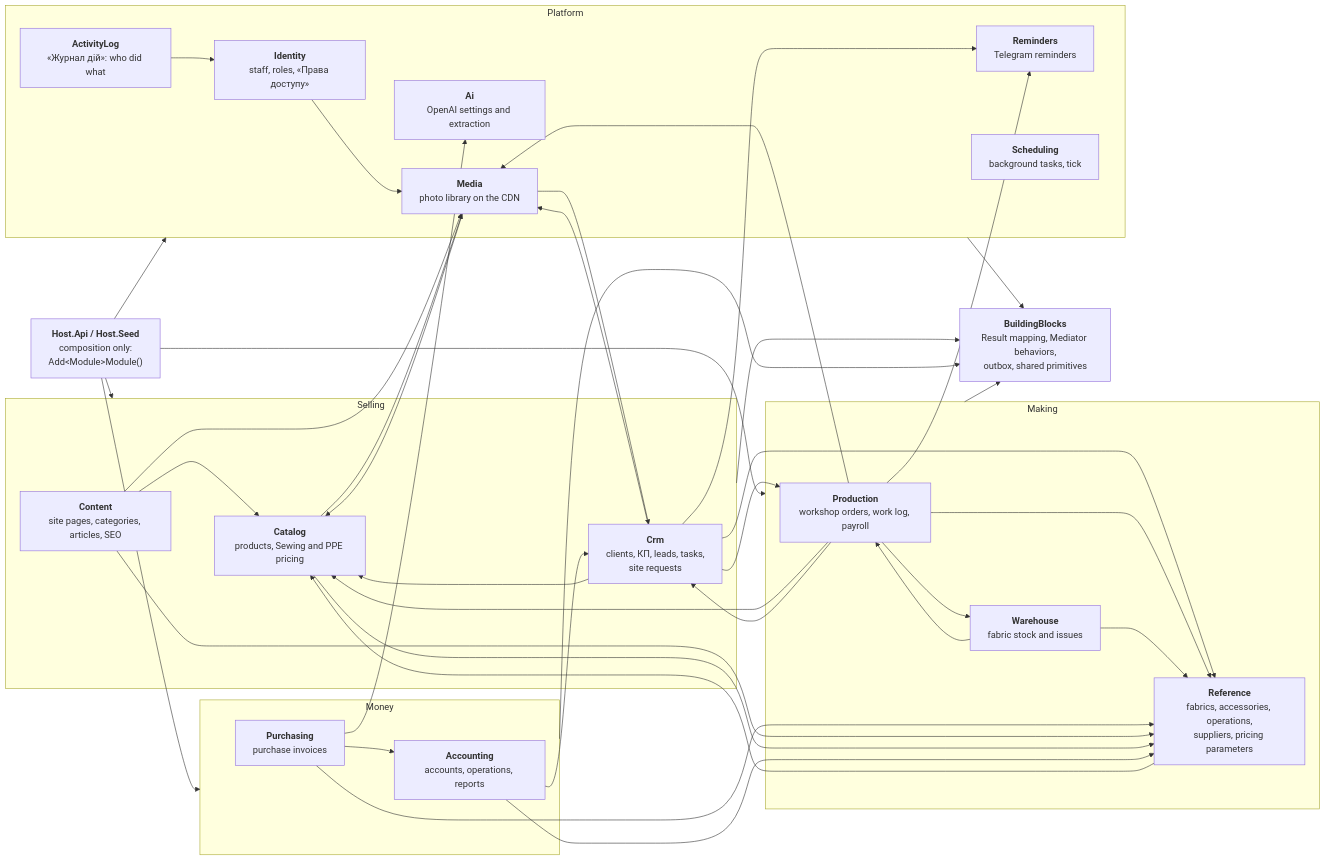
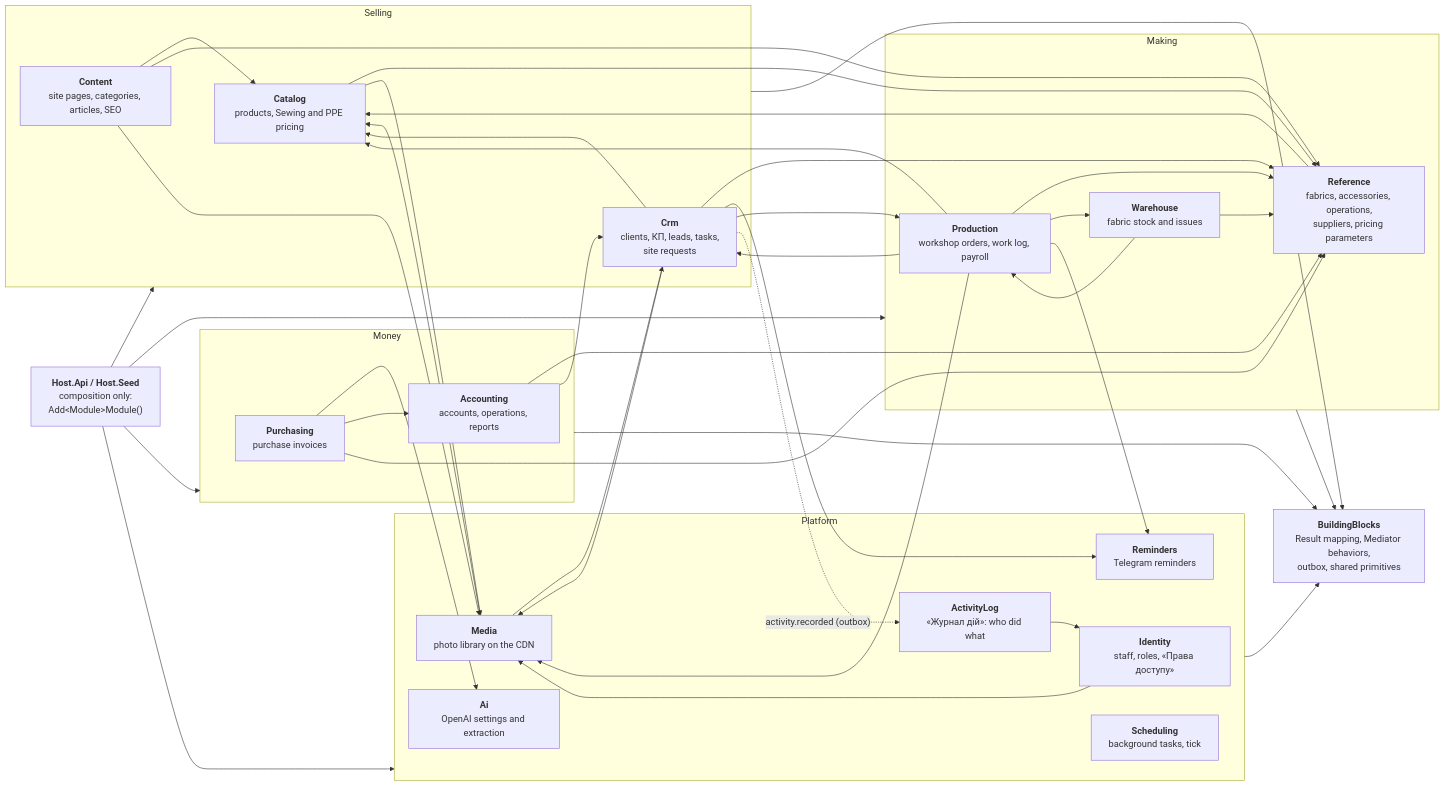
The third of 4 diagrams in docs/sdd/architecture/c4/README.md (Weretik/BreviERP), drawn with Mermaid before and after one commit. The commit also changed 40 other files, not shown here.

First line of the commit message:
Record Crm staff actions in the activity log

````diff
--- a/docs/sdd/architecture/c4/README.md
+++ b/docs/sdd/architecture/c4/README.md
@@ -81,46 +81,47 @@
 ```mermaid
 flowchart LR
     host["<b>Host.Api / Host.Seed</b><br/>composition only:<br/>Add&lt;Module&gt;Module()"]
 
     subgraph sales["Selling"]
         catalog["<b>Catalog</b><br/>products, Sewing and PPE pricing"]
         crm["<b>Crm</b><br/>clients, КП, leads, tasks,<br/>site requests"]
         content["<b>Content</b><br/>site pages, categories, articles, SEO"]
     end
 
     subgraph make["Making"]
         production["<b>Production</b><br/>workshop orders, work log, payroll"]
         warehouse["<b>Warehouse</b><br/>fabric stock and issues"]
         reference["<b>Reference</b><br/>fabrics, accessories, operations,<br/>suppliers, pricing parameters"]
     end
 
     subgraph money["Money"]
         accounting["<b>Accounting</b><br/>accounts, operations, reports"]
         purchasing["<b>Purchasing</b><br/>purchase invoices"]
     end
 
     subgraph platform["Platform"]
         identity["<b>Identity</b><br/>staff, roles, «Права доступу»"]
         media["<b>Media</b><br/>photo library on the CDN"]
         ai["<b>Ai</b><br/>OpenAI settings and extraction"]
         reminders["<b>Reminders</b><br/>Telegram reminders"]
         scheduling["<b>Scheduling</b><br/>background tasks, tick"]
         activitylog["<b>ActivityLog</b><br/>«Журнал дій»: who did what"]
     end
 
     bb["<b>BuildingBlocks</b><br/>Result mapping, Mediator behaviors,<br/>outbox, shared primitives"]
 
     host --> sales & make & money & platform
     crm --> catalog & reference & media & reminders & production
     production --> catalog & reference & media & warehouse & reminders & crm
     warehouse --> production & reference
     purchasing --> ai & accounting & reference
     content --> catalog & reference & media
     catalog --> reference & media
     accounting --> reference & crm
     reference --> catalog
     media --> catalog & crm
     identity --> media
     activitylog --> identity
+    crm -. "activity.recorded (outbox)" .-> activitylog
     sales & make & money & platform --> bb
 ```
````
